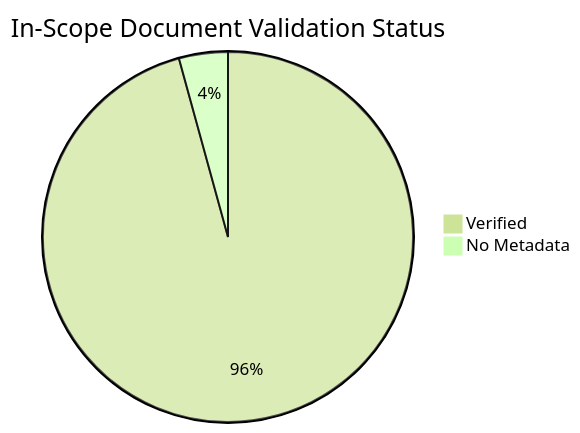
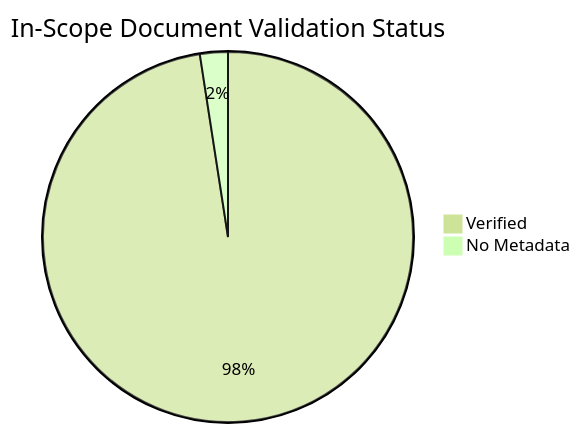
Before and after one commit to yeongseon/azure-container-apps-practical-guide: the diagram in docs/reference/content-validation-status.md, drawn with Mermaid (forest theme). The commit also changed other lines of this file and 13 other files, not shown here.

First line of the commit message:
docs(diagrams): migrate the Container Apps operations diagrams (#614)

````diff
--- a/docs/reference/content-validation-status.md
+++ b/docs/reference/content-validation-status.md
@@ -25,5 +25,5 @@
 ```mermaid
 pie title In-Scope Document Validation Status
-    "Verified" : 157
-    "No Metadata" : 7
+    "Verified" : 160
+    "No Metadata" : 4
 ```
````
